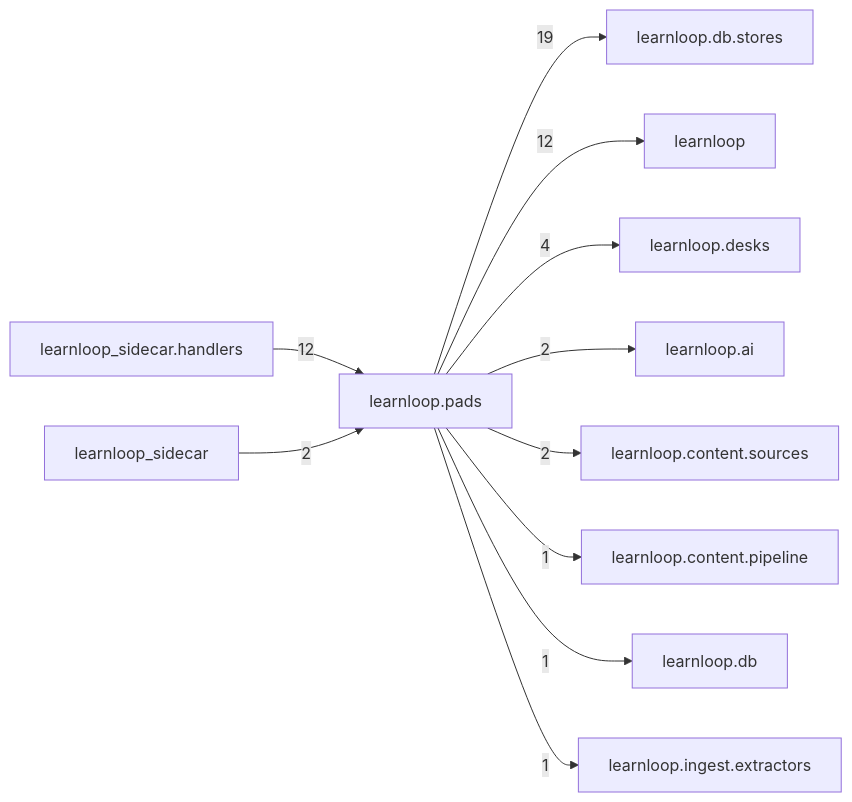
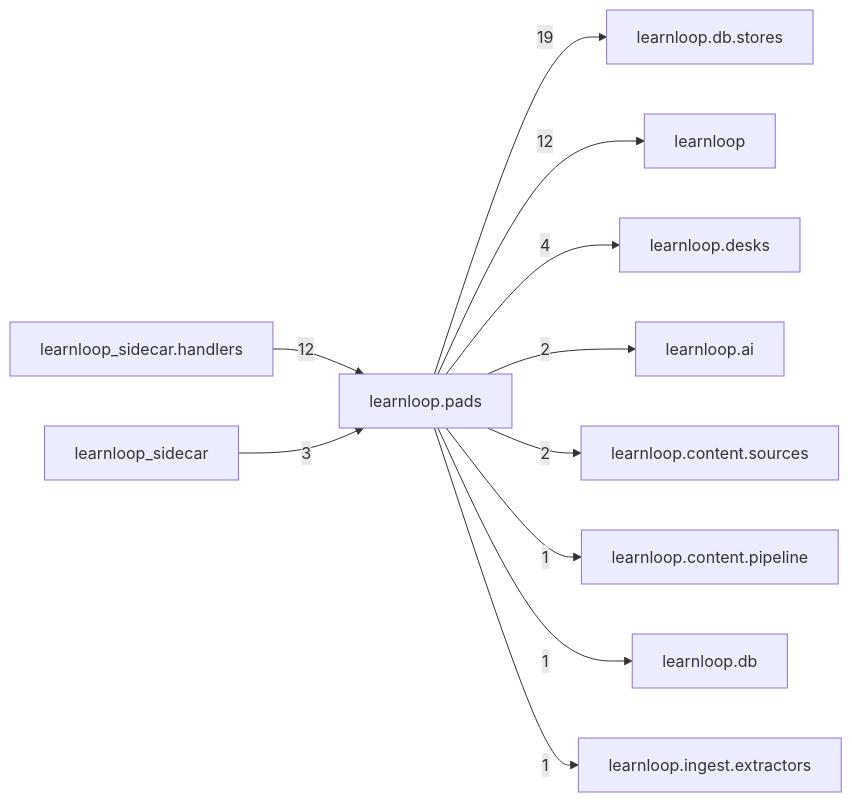
Before and after one commit to 6up-b/learnanything: the diagram in docs/learnloop-architecture-vault/Reference/Modules/learnloop/pads/_package.md, drawn with Mermaid. The commit also changed other lines of this file and 86 other files, not shown here.

````diff
--- a/docs/learnloop-architecture-vault/Reference/Modules/learnloop/pads/_package.md
+++ b/docs/learnloop-architecture-vault/Reference/Modules/learnloop/pads/_package.md
@@ -92,24 +92,24 @@
 ```mermaid
 flowchart LR
     center["learnloop.pads"]
     n_learnloop_db_stores["learnloop.db.stores"]
     n_learnloop["learnloop"]
     n_learnloop_sidecar_handlers["learnloop_sidecar.handlers"]
     n_learnloop_desks["learnloop.desks"]
+    n_learnloop_sidecar["learnloop_sidecar"]
     n_learnloop_ai["learnloop.ai"]
     n_learnloop_content_sources["learnloop.content.sources"]
-    n_learnloop_sidecar["learnloop_sidecar"]
     n_learnloop_content_pipeline["learnloop.content.pipeline"]
     n_learnloop_db["learnloop.db"]
     n_learnloop_ingest_extractors["learnloop.ingest.extractors"]
     center -->|19| n_learnloop_db_stores
     center -->|12| n_learnloop
     n_learnloop_sidecar_handlers -->|12| center
     center -->|4| n_learnloop_desks
+    n_learnloop_sidecar -->|3| center
     center -->|2| n_learnloop_ai
     center -->|2| n_learnloop_content_sources
-    n_learnloop_sidecar -->|2| center
     center -->|1| n_learnloop_content_pipeline
     center -->|1| n_learnloop_db
     center -->|1| n_learnloop_ingest_extractors
 ```
````
